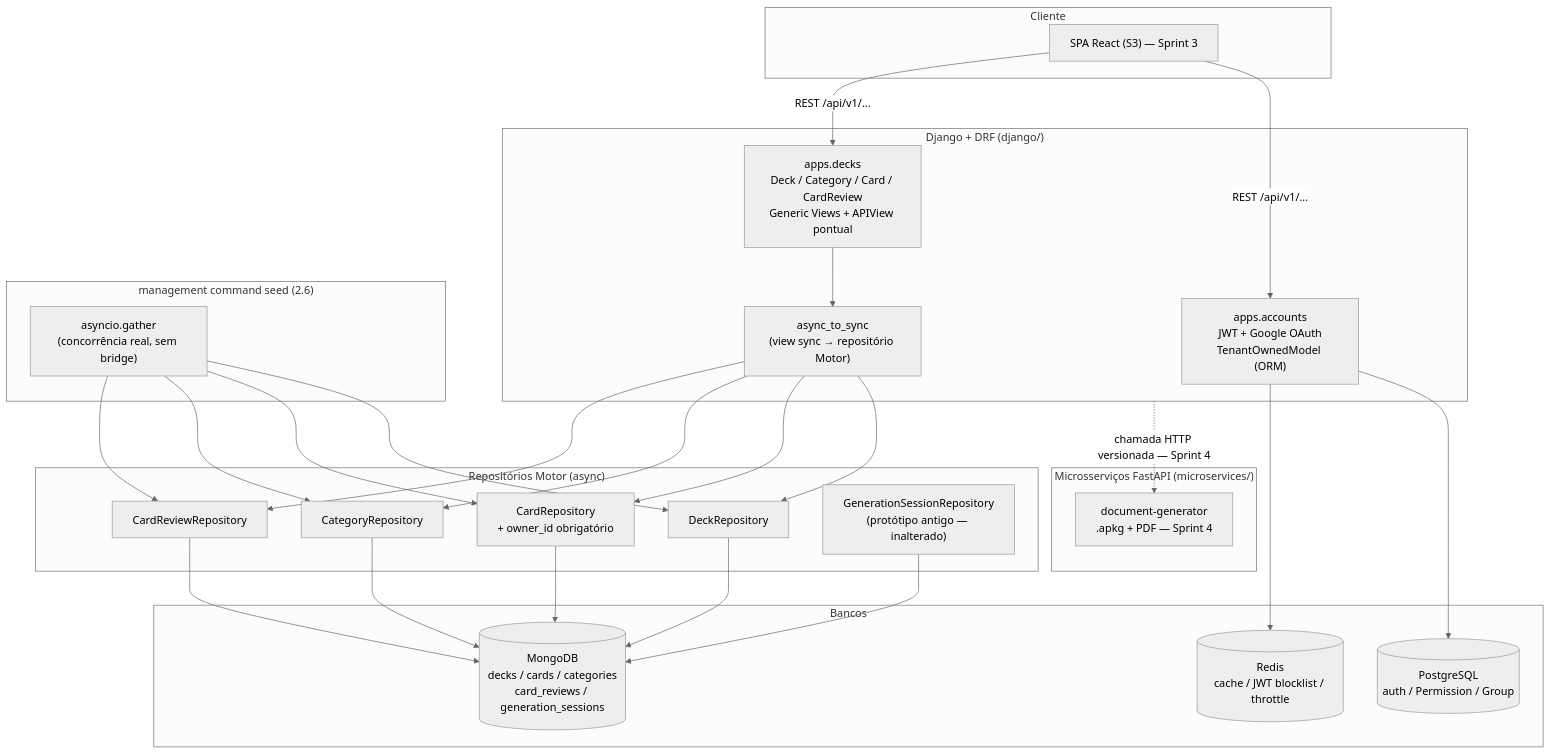
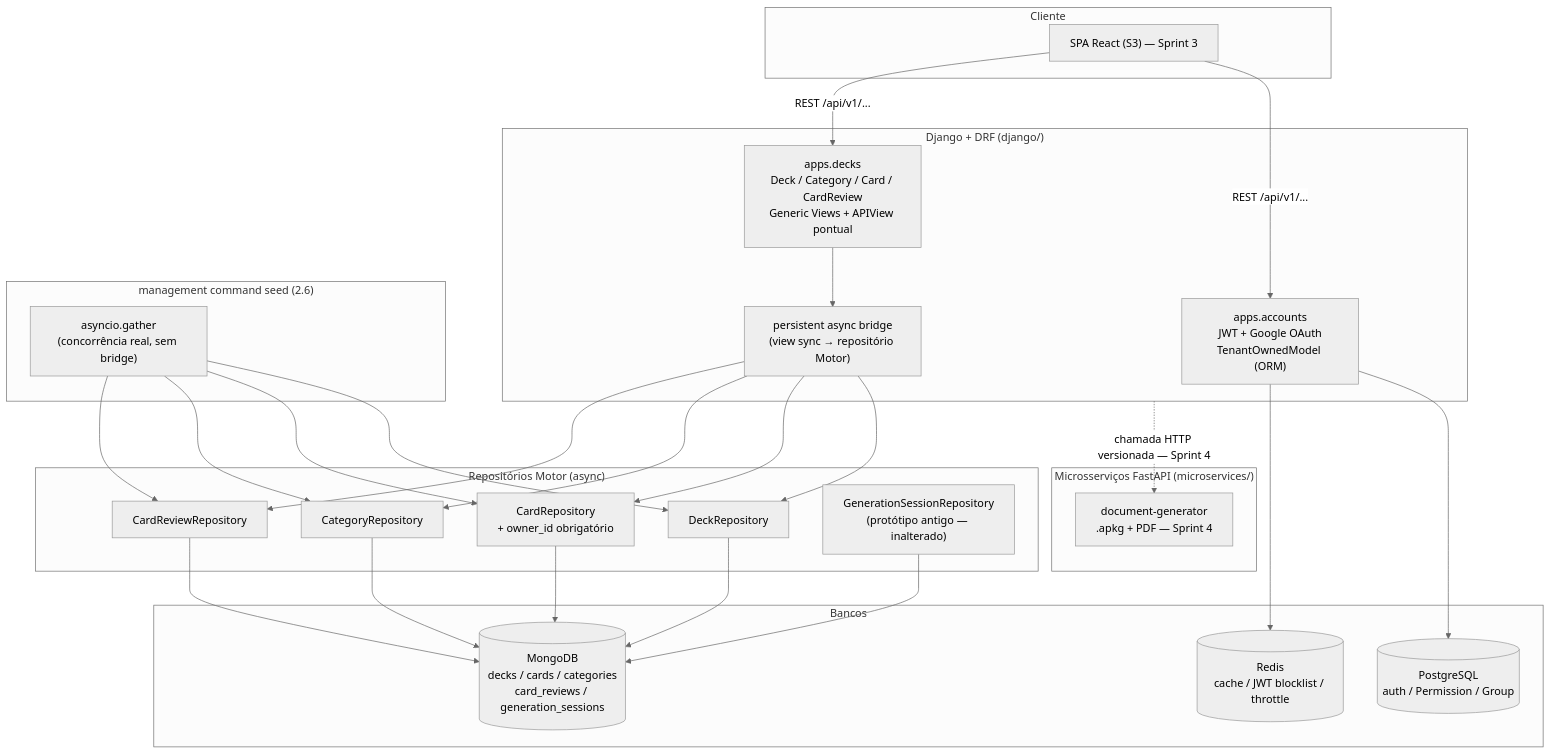
One commit to WillamesCampos/anki_generator changed the diagram in openspec/changes/sprint-2-decks-cards/design.md. Above: the diagram before and after it, drawn with Mermaid (neutral theme). The commit also changed other lines of this file and 104 other files, not shown here.

````diff
--- a/openspec/changes/sprint-2-decks-cards/design.md
+++ b/openspec/changes/sprint-2-decks-cards/design.md
@@ -59,44 +59,44 @@
 ```mermaid
 flowchart TB
     subgraph Client["Cliente"]
         SPA["SPA React (S3) — Sprint 3"]
     end
 
     subgraph DjangoApp["Django + DRF (django/)"]
         Auth["apps.accounts\nJWT + Google OAuth\nTenantOwnedModel (ORM)"]
         Decks["apps.decks\nDeck / Category / Card / CardReview\nGeneric Views + APIView pontual"]
-        Bridge["async_to_sync\n(view sync → repositório Motor)"]
+        Bridge["persistent async bridge\n(view sync → repositório Motor)"]
     end
 
     subgraph Repos["Repositórios Motor (async)"]
         DeckRepo["DeckRepository"]
         CardRepo["CardRepository\n+ owner_id obrigatório"]
         CategoryRepo["CategoryRepository"]
         ReviewRepo["CardReviewRepository"]
         GenRepo["GenerationSessionRepository\n(protótipo antigo — inalterado)"]
     end
 
     subgraph Seed["management command seed (2.6)"]
         SeedCmd["asyncio.gather\n(concorrência real, sem bridge)"]
     end
 
     subgraph Data["Bancos"]
         PG[("PostgreSQL\nauth / Permission / Group")]
         Mongo[("MongoDB\ndecks / cards / categories\ncard_reviews / generation_sessions")]
         Redis[("Redis\ncache / JWT blocklist / throttle")]
     end
 
     subgraph Micro["Microsserviços FastAPI (microservices/)"]
         DocGen["document-generator\n.apkg + PDF — Sprint 4"]
     end
 
     SPA -->|"REST /api/v1/..."| Auth
     SPA -->|"REST /api/v1/..."| Decks
     Auth --> PG
     Auth --> Redis
     Decks --> Bridge
     Bridge --> DeckRepo & CardRepo & CategoryRepo & ReviewRepo
     DeckRepo & CardRepo & CategoryRepo & ReviewRepo & GenRepo --> Mongo
     SeedCmd --> DeckRepo & CardRepo & CategoryRepo & ReviewRepo
     DjangoApp -.->|"chamada HTTP versionada — Sprint 4"| DocGen
 ```
````
